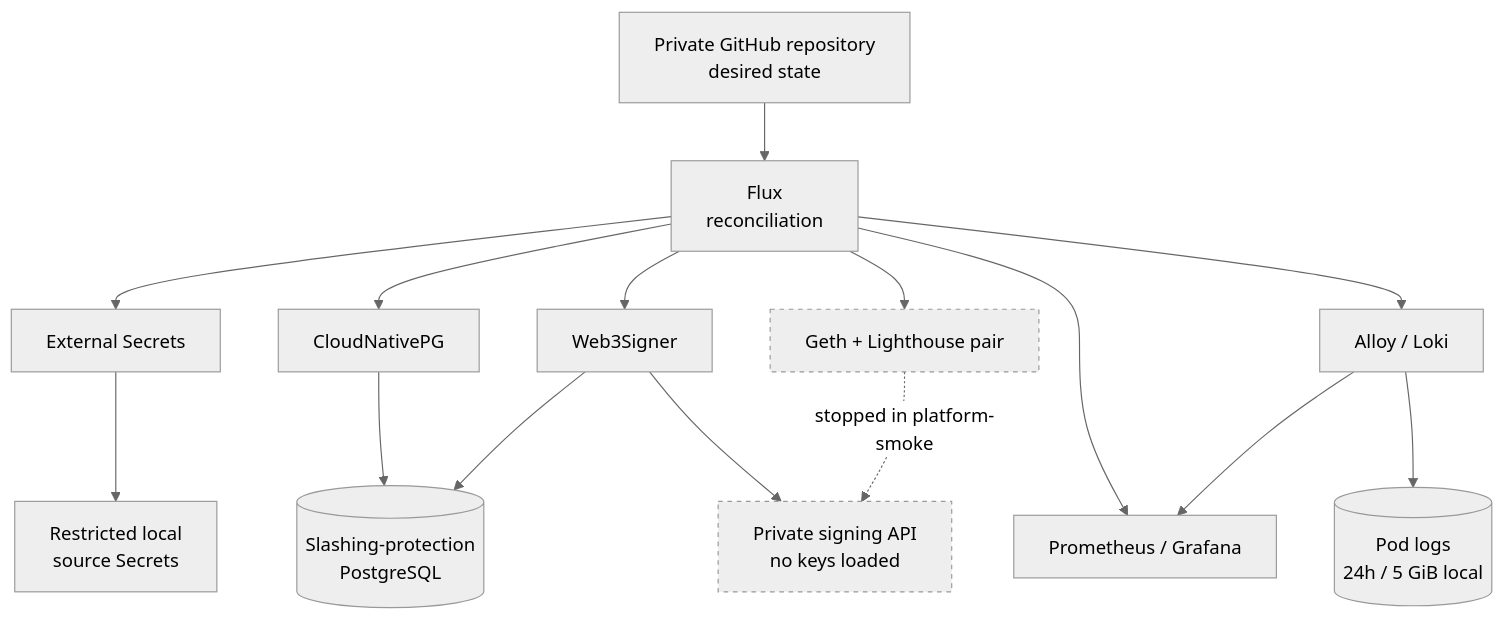
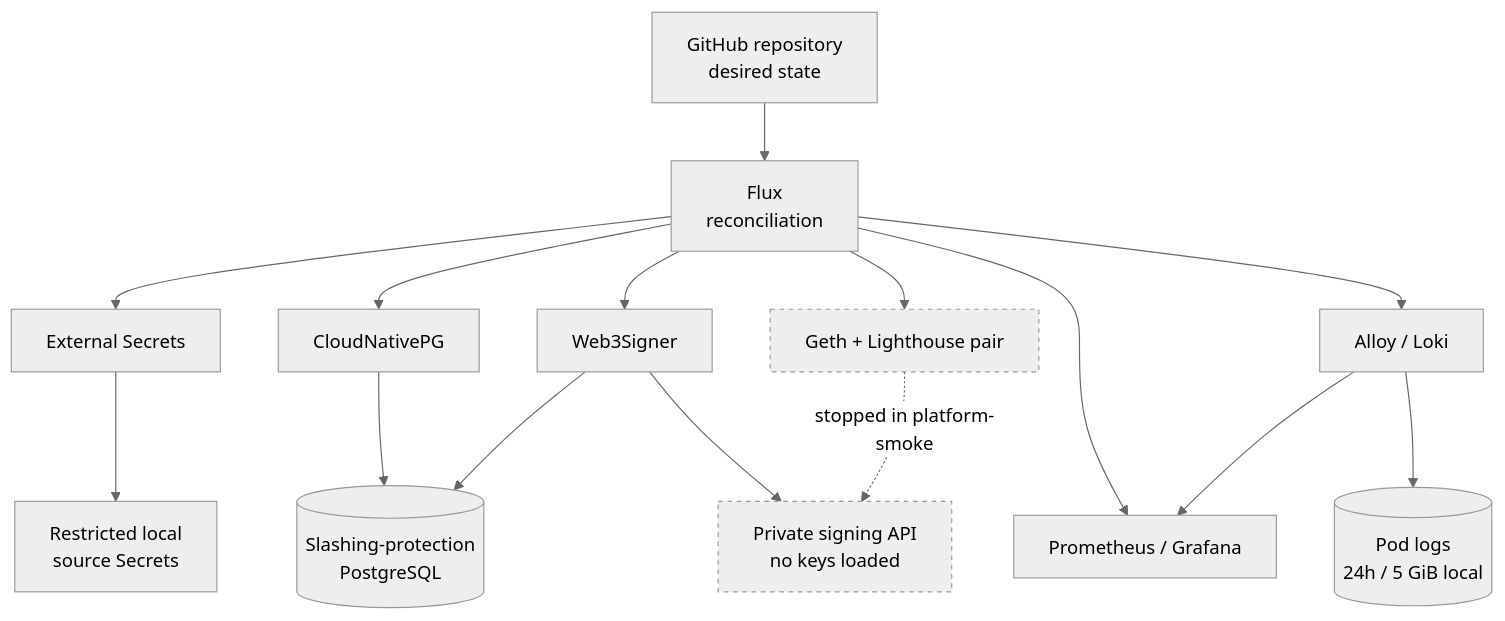
One commit to j2d3/eth-validator-platform changed the diagram in README.md. Above: the diagram before and after it, drawn with Mermaid (neutral theme). The commit also changed other lines of this file and 1 other file, not shown here.

````diff
--- a/README.md
+++ b/README.md
@@ -65,22 +65,22 @@
 ```mermaid
 flowchart TD
-    repo["Private GitHub repository<br/>desired state"] --> flux["Flux<br/>reconciliation"]
+    repo["GitHub repository<br/>desired state"] --> flux["Flux<br/>reconciliation"]
 
     flux --> es["External Secrets"]
     flux --> pg["CloudNativePG"]
     flux --> signer["Web3Signer"]
     flux --> obs["Prometheus / Grafana"]
     flux --> log["Alloy / Loki"]
     flux --> pair["Geth + Lighthouse pair"]
 
     es --> secrets["Restricted local<br/>source Secrets"]
     pg --> db[("Slashing-protection<br/>PostgreSQL")]
     signer --> db
     signer --> api["Private signing API<br/>no keys loaded"]
     log --> lstore[("Pod logs<br/>24h / 5 GiB local")]
     log --> obs
     pair -. "stopped in platform-smoke" .-> api
 
     classDef off stroke-dasharray: 4 4;
     class pair,api off;
 ```
````
